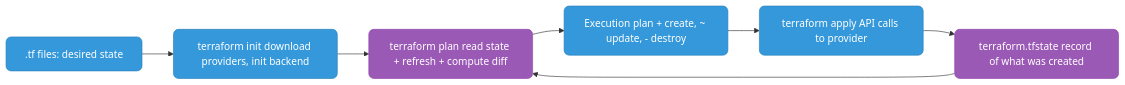
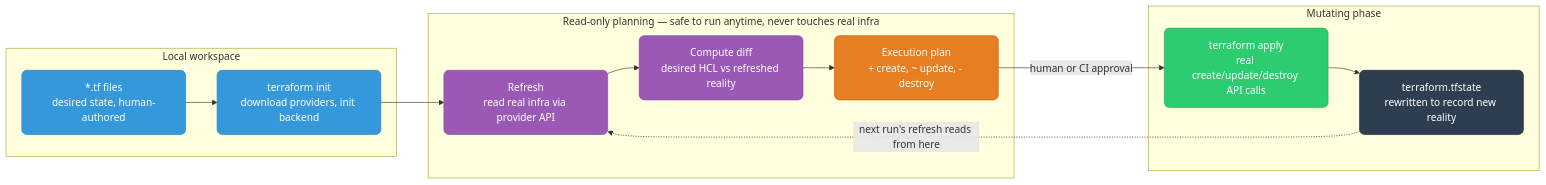
One commit to deepanshu-rawat6/DevOpsIndex changed the first of 4 diagrams in iac/terraform/README.md. Above: the diagram before and after it, drawn with Mermaid. The commit also changed other lines of this file and 17 other files, not shown here.

````diff
--- a/iac/terraform/README.md
+++ b/iac/terraform/README.md
@@ -7,19 +14,31 @@
 ```mermaid
 graph LR
-    classDef blue fill:#3498db,stroke:#2980b9,color:#fff,rx:8
-    classDef green fill:#2ecc71,stroke:#27ae60,color:#fff,rx:8
-    classDef red fill:#e74c3c,stroke:#c0392b,color:#fff,rx:8
-    classDef orange fill:#e67e22,stroke:#d35400,color:#fff,rx:8
-    classDef purple fill:#9b59b6,stroke:#8e44ad,color:#fff,rx:8
-    classDef teal fill:#1abc9c,stroke:#16a085,color:#fff,rx:8
-    classDef dark fill:#2c3e50,stroke:#1a252f,color:#fff,rx:8
-    classDef yellow fill:#f39c12,stroke:#d68910,color:#000,rx:8
-    classDef k8s fill:#326ce5,stroke:#254ea8,color:#fff,rx:8
-    classDef aws fill:#ff9900,stroke:#cc7a00,color:#000,rx:8
-    HCL[".tf files: desired state"]:::blue --> INIT["terraform init download providers, init backend"]:::blue
-    INIT --> PLAN["terraform plan read state + refresh + compute diff"]:::purple
-    PLAN --> DIFF["Execution plan + create, ~ update, - destroy"]:::blue
-    DIFF --> APPLY["terraform apply API calls to provider"]:::blue
-    APPLY --> STATE["terraform.tfstate record of what was created"]:::purple
-    STATE --> PLAN
+    classDef authored fill:#3498db,stroke:#2980b9,color:#fff,rx:8
+    classDef readonly fill:#9b59b6,stroke:#8e44ad,color:#fff,rx:8
+    classDef planout fill:#e67e22,stroke:#d35400,color:#fff,rx:8
+    classDef mutate fill:#2ecc71,stroke:#27ae60,color:#fff,rx:8
+    classDef state fill:#2c3e50,stroke:#1a252f,color:#fff,rx:8
+
+    subgraph LOCAL["Local workspace"]
+        HCL["*.tf files<br/>desired state, human-authored"]:::authored
+        INIT["terraform init<br/>download providers, init backend"]:::authored
+        HCL --> INIT
+    end
+
+    subgraph PLANPHASE["Read-only planning — safe to run anytime, never touches real infra"]
+        REFRESH["Refresh<br/>read real infra via provider API"]:::readonly
+        DIFF["Compute diff<br/>desired HCL vs refreshed reality"]:::readonly
+        PLANOUT["Execution plan<br/>+ create, ~ update, - destroy"]:::planout
+        REFRESH --> DIFF --> PLANOUT
+    end
+
+    subgraph MUTATE["Mutating phase"]
+        APPLY["terraform apply<br/>real create/update/destroy API calls"]:::mutate
+        STATEFILE["terraform.tfstate<br/>rewritten to record new reality"]:::state
+        APPLY --> STATEFILE
+    end
+
+    INIT --> REFRESH
+    PLANOUT -->|"human or CI approval"| APPLY
+    STATEFILE -.->|"next run's refresh reads from here"| REFRESH
 ```
````
